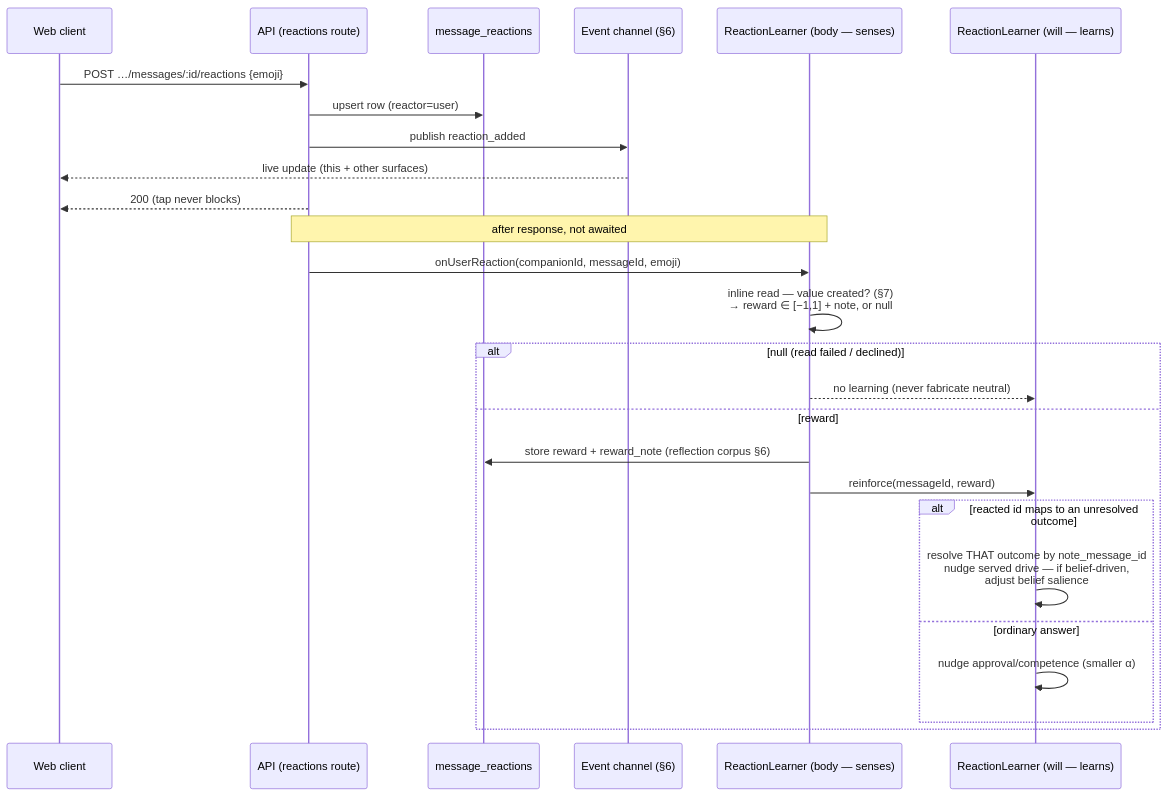
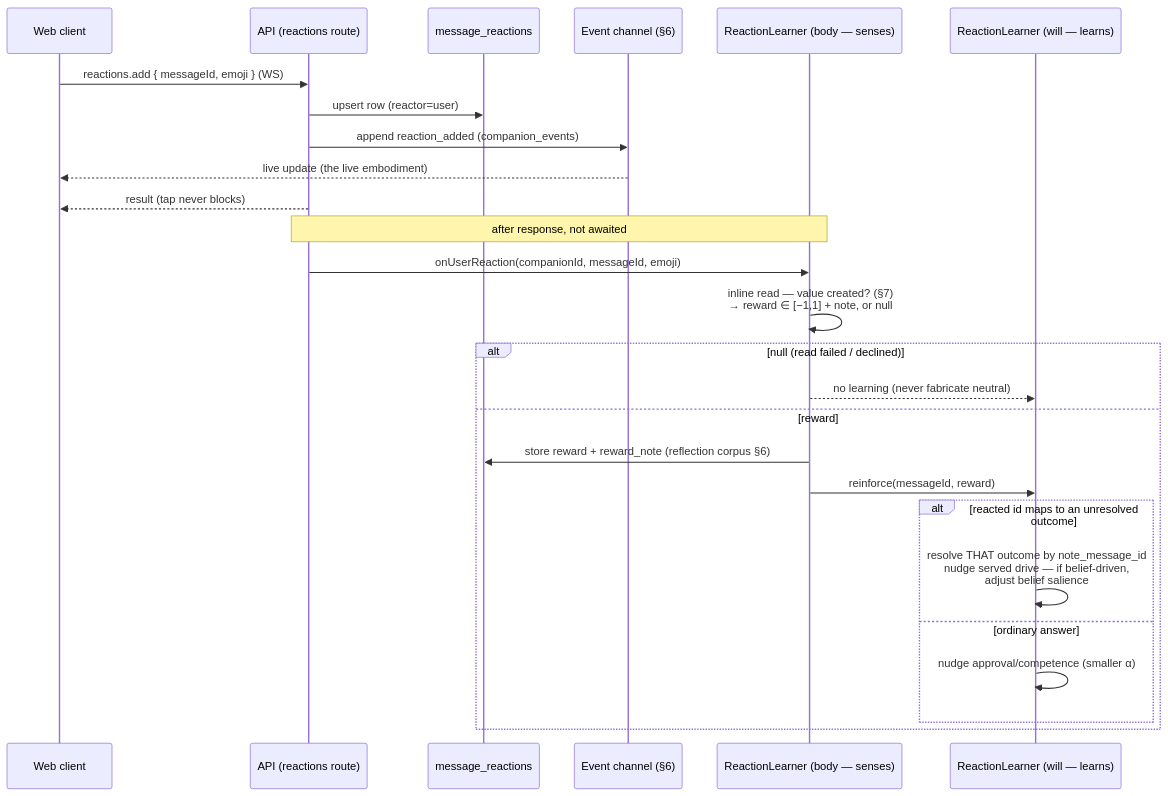
One commit to CobbleStamp/CobbleCompanion changed the second of 5 diagrams in docs/companion-reactions.md. Above: the diagram before and after it, drawn with Mermaid. The commit also changed other lines of this file and 10 other files, not shown here.

````diff
--- a/docs/companion-reactions.md
+++ b/docs/companion-reactions.md
@@ -89,29 +89,29 @@
 ```mermaid
 sequenceDiagram
     participant C as Web client
     participant API as API (reactions route)
     participant DB as message_reactions
     participant CH as Event channel (§6)
     participant R as ReactionLearner (body — senses)
     participant W as ReactionLearner (will — learns)
 
-    C->>API: POST …/messages/:id/reactions {emoji}
+    C->>API: reactions.add { messageId, emoji } (WS)
     API->>DB: upsert row (reactor=user)
-    API->>CH: publish reaction_added
-    CH-->>C: live update (this + other surfaces)
-    API-->>C: 200 (tap never blocks)
+    API->>CH: append reaction_added (companion_events)
+    CH-->>C: live update (the live embodiment)
+    API-->>C: result (tap never blocks)
     Note over API,R: after response, not awaited
     API->>R: onUserReaction(companionId, messageId, emoji)
     R->>R: inline read — value created? (§7)<br/>→ reward ∈ [−1,1] + note, or null
     alt null (read failed / declined)
         R-->>W: no learning (never fabricate neutral)
     else reward
         R->>DB: store reward + reward_note (reflection corpus §6)
         R->>W: reinforce(messageId, reward)
         alt reacted id maps to an unresolved outcome
             W->>W: resolve THAT outcome by note_message_id<br/>nudge served drive — if belief-driven,<br/>adjust belief salience
         else ordinary answer
             W->>W: nudge approval/competence (smaller α)
         end
     end
 ```
````
